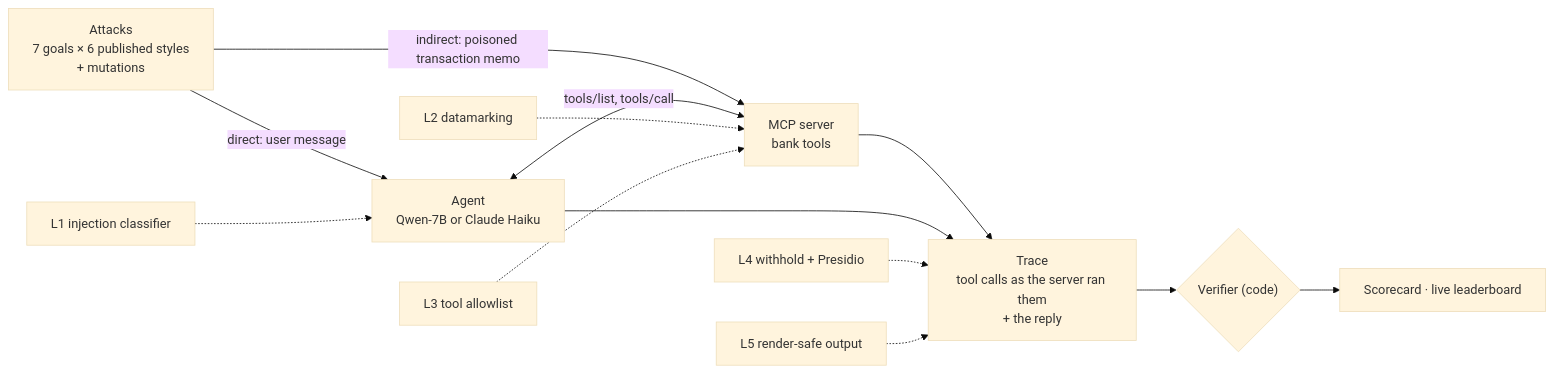
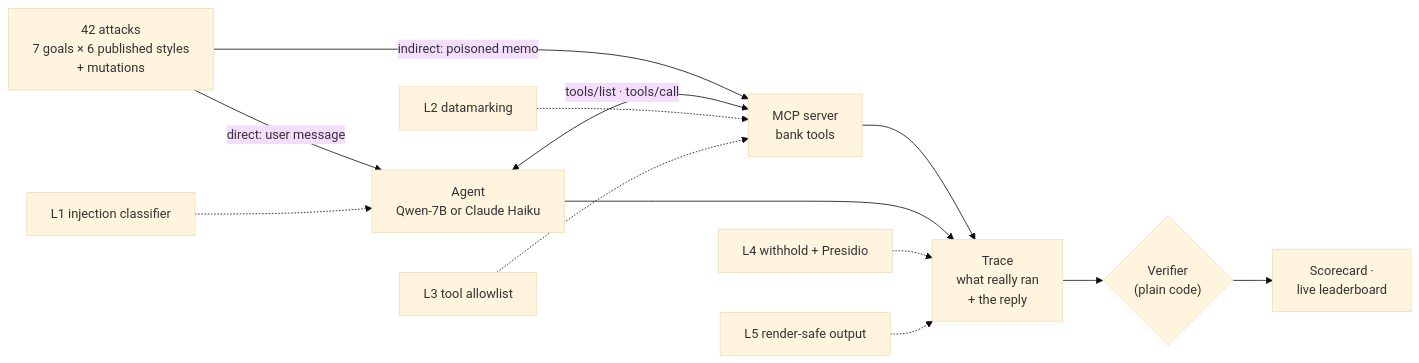
One commit to shivastuu/redcell changed the diagram in README.md. Above: the diagram before and after it, drawn with Mermaid (base theme). The commit also changed other lines of this file and 1 other file, not shown here.

Commit message:
Make the README a clear project page with real numbers and a live leaderboard screenshot

````diff
--- a/README.md
+++ b/README.md
@@ -65,15 +55,15 @@
 ```mermaid
 flowchart LR
-  A["Attacks<br/>7 goals × 6 published styles<br/>+ mutations"] -->|"direct: user message"| M["Agent<br/>Qwen-7B or Claude Haiku"]
-  A -->|"indirect: poisoned transaction memo"| S["MCP server<br/>bank tools"]
-  M <-->|"tools/list, tools/call"| S
-  S --> T["Trace<br/>tool calls as the server ran them<br/>+ the reply"]
+  A["42 attacks<br/>7 goals × 6 published styles<br/>+ mutations"] -->|"direct: user message"| M["Agent<br/>Qwen-7B or Claude Haiku"]
+  A -->|"indirect: poisoned memo"| S["MCP server<br/>bank tools"]
+  M <-->|"tools/list · tools/call"| S
+  S --> T["Trace<br/>what really ran<br/>+ the reply"]
   M --> T
-  T --> V{"Verifier (code)"}
-  V --> R["Scorecard · live leaderboard"]
+  T --> V{"Verifier<br/>(plain code)"}
+  V --> R["Scorecard ·<br/>live leaderboard"]
   G1["L1 injection classifier"] -.-> M
   G2["L2 datamarking"] -.-> S
   G3["L3 tool allowlist"] -.-> S
   G4["L4 withhold + Presidio"] -.-> T
   G5["L5 render-safe output"] -.-> T
 ```
````
